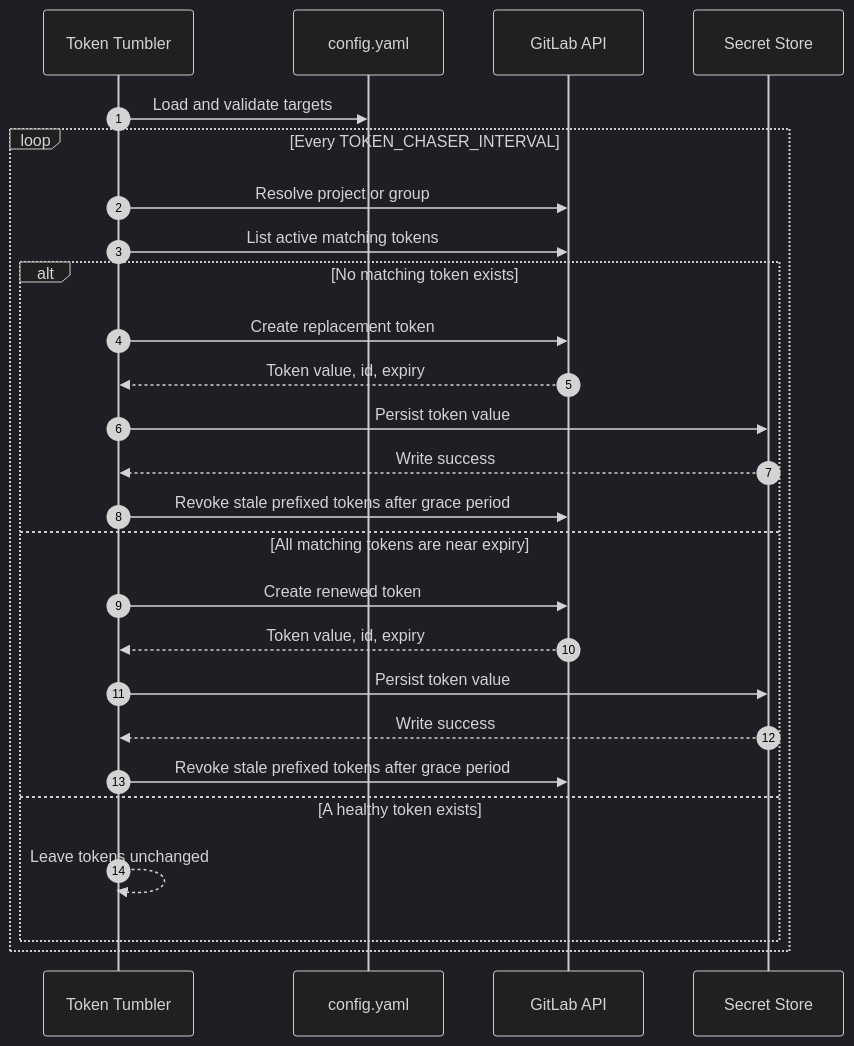
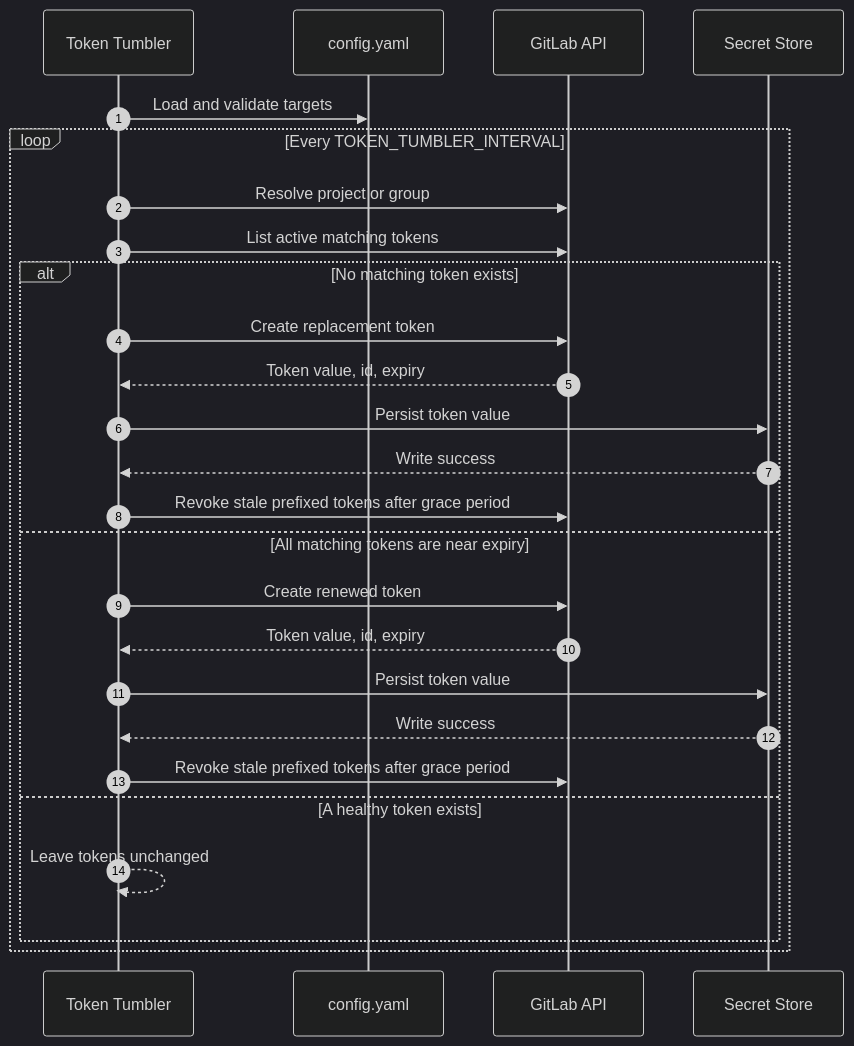
One commit to Nabsku/token-tumbler changed the second of 4 diagrams in README.md. Above: the diagram before and after it, drawn with Mermaid (dark theme). The commit also changed other lines of this file and 26 other files, not shown here.

Commit message:
Rename project references to Token Tumbler

````diff
--- a/README.md
+++ b/README.md
@@ -40,29 +40,29 @@
 ```mermaid
 sequenceDiagram
     autonumber
     participant T as Token Tumbler
     participant C as config.yaml
     participant G as GitLab API
     participant S as Secret Store
 
     T->>C: Load and validate targets
-    loop Every TOKEN_CHASER_INTERVAL
+    loop Every TOKEN_TUMBLER_INTERVAL
         T->>G: Resolve project or group
         T->>G: List active matching tokens
         alt No matching token exists
             T->>G: Create replacement token
             G-->>T: Token value, id, expiry
             T->>S: Persist token value
             S-->>T: Write success
             T->>G: Revoke stale prefixed tokens after grace period
         else All matching tokens are near expiry
             T->>G: Create renewed token
             G-->>T: Token value, id, expiry
             T->>S: Persist token value
             S-->>T: Write success
             T->>G: Revoke stale prefixed tokens after grace period
         else A healthy token exists
             T-->>T: Leave tokens unchanged
         end
     end
 ```
````
